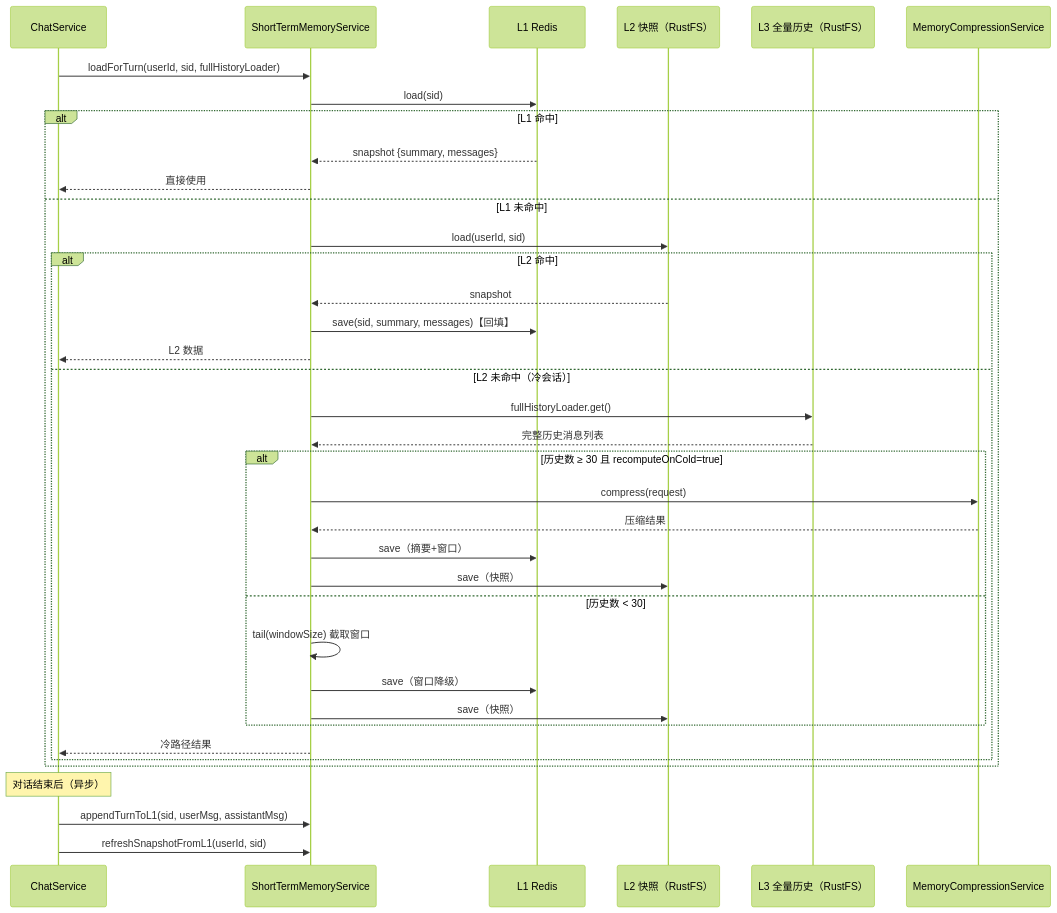
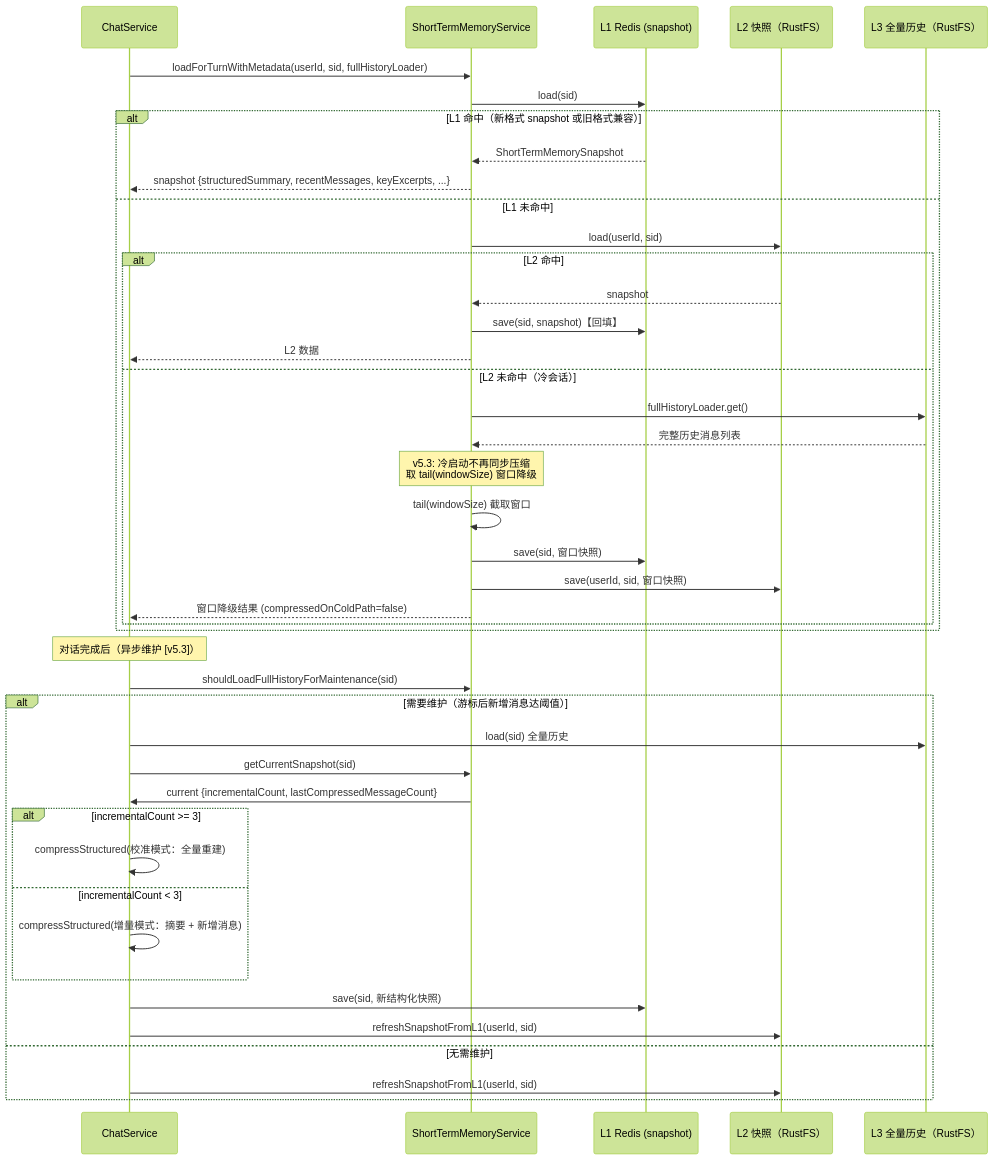
The second of 3 diagrams in document/模块要点/模块3-分层记忆.md (Yuyu123fish/Fish-Agent), drawn with Mermaid (forest theme) before and after one commit. The commit also changed other lines of this file and 45 other files, not shown here.

````diff
--- a/document/模块要点/模块3-分层记忆.md
+++ b/document/模块要点/模块3-分层记忆.md
@@ -66,41 +83,47 @@
 ```mermaid
 sequenceDiagram
     participant CS as ChatService
     participant STMS as ShortTermMemoryService
-    participant L1 as L1 Redis
+    participant L1 as L1 Redis (snapshot)
     participant L2 as L2 快照（RustFS）
     participant L3 as L3 全量历史（RustFS）
-    participant Compress as MemoryCompressionService
 
-    CS->>STMS: loadForTurn(userId, sid, fullHistoryLoader)
+    CS->>STMS: loadForTurnWithMetadata(userId, sid, fullHistoryLoader)
     STMS->>L1: load(sid)
-    alt L1 命中
-        L1-->>STMS: snapshot {summary, messages}
-        STMS-->>CS: 直接使用
+    alt L1 命中（新格式 snapshot 或旧格式兼容）
+        L1-->>STMS: ShortTermMemorySnapshot
+        STMS-->>CS: snapshot {structuredSummary, recentMessages, keyExcerpts, ...}
     else L1 未命中
         STMS->>L2: load(userId, sid)
         alt L2 命中
             L2-->>STMS: snapshot
-            STMS->>L1: save(sid, summary, messages)【回填】
+            STMS->>L1: save(sid, snapshot)【回填】
             STMS-->>CS: L2 数据
         else L2 未命中（冷会话）
             STMS->>L3: fullHistoryLoader.get()
             L3-->>STMS: 完整历史消息列表
-            alt 历史数 ≥ 30 且 recomputeOnCold=true
-                STMS->>Compress: compress(request)
-                Compress-->>STMS: 压缩结果
-                STMS->>L1: save（摘要+窗口）
-                STMS->>L2: save（快照）
-            else 历史数 < 30
-                STMS->>STMS: tail(windowSize) 截取窗口
-                STMS->>L1: save（窗口降级）
-                STMS->>L2: save（快照）
-            end
-            STMS-->>CS: 冷路径结果
+            Note over STMS: v5.3: 冷启动不再同步压缩<br/>取 tail(windowSize) 窗口降级
+            STMS->>STMS: tail(windowSize) 截取窗口
+            STMS->>L1: save(sid, 窗口快照)
+            STMS->>L2: save(userId, sid, 窗口快照)
+            STMS-->>CS: 窗口降级结果 (compressedOnColdPath=false)
         end
     end
 
-    Note over CS: 对话结束后（异步）
-    CS->>STMS: appendTurnToL1(sid, userMsg, assistantMsg)
-    CS->>STMS: refreshSnapshotFromL1(userId, sid)
+    Note over CS: 对话完成后（异步维护 [v5.3]）
+    CS->>STMS: shouldLoadFullHistoryForMaintenance(sid)
+    alt 需要维护（游标后新增消息达阈值）
+        CS->>L3: load(sid) 全量历史
+        CS->>STMS: getCurrentSnapshot(sid)
+        STMS->>CS: current {incrementalCount, lastCompressedMessageCount}
+        alt incrementalCount >= 3
+            CS->>CS: compressStructured(校准模式：全量重建)
+        else incrementalCount < 3
+            CS->>CS: compressStructured(增量模式：摘要 + 新增消息)
+        end
+        CS->>L1: save(sid, 新结构化快照)
+        CS->>L2: refreshSnapshotFromL1(userId, sid)
+    else 无需维护
+        CS->>L2: refreshSnapshotFromL1(userId, sid)
+    end
 ```
````
